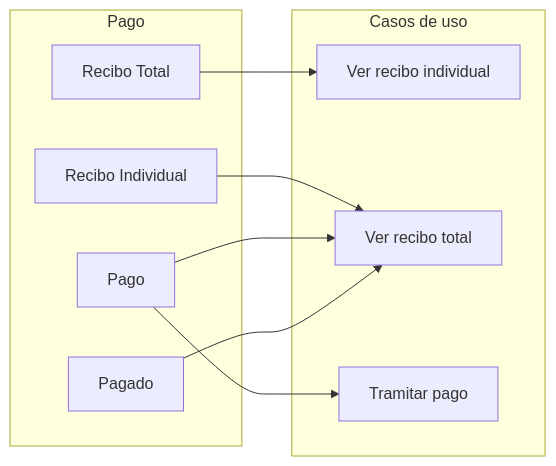
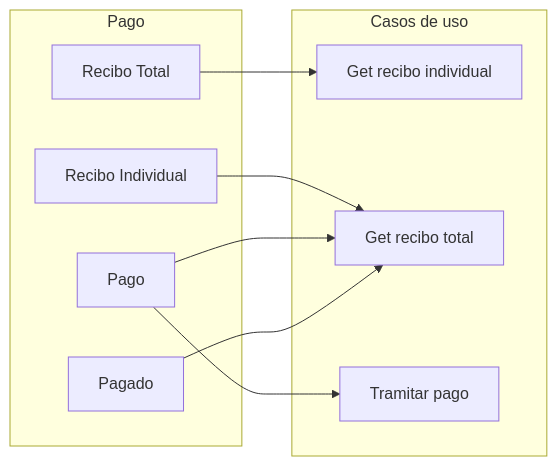
The ninth of 9 diagrams in documentacion/requisitos/diagramas_de_flujo.md (pabenito/QRest), drawn with Mermaid before and after one commit. The commit also changed other lines of this file, not shown here.

Commit message:
Diagramas de flujo: Casos de uso del backend & Sintaxis

````diff
--- a/documentacion/requisitos/diagramas_de_flujo.md
+++ b/documentacion/requisitos/diagramas_de_flujo.md
@@ -142,19 +168,19 @@
 ```mermaid
 flowchart LR
     subgraph g_pago[Pago]
         recibo_total[Recibo Total]
         recibo_individual[Recibo Individual]
         pago[Pago]
         pagado[Pagado]
     end
     subgraph casos_de_uso[Casos de uso]
-        ver_recibo_individual[Ver recibo individual]
-        ver_recibo_total[Ver recibo total]
+        get_recibo_individual[Get recibo individual]
+        get_recibo_total[Get recibo total]
         tramitar_pago[Tramitar pago]
     end
-    recibo_total --> ver_recibo_individual
-    recibo_individual --> ver_recibo_total
+    recibo_total --> get_recibo_individual
+    recibo_individual --> get_recibo_total
     pago --> tramitar_pago
-    pago --> ver_recibo_total
-    pagado --> ver_recibo_total
+    pago --> get_recibo_total
+    pagado --> get_recibo_total
 ```
````
